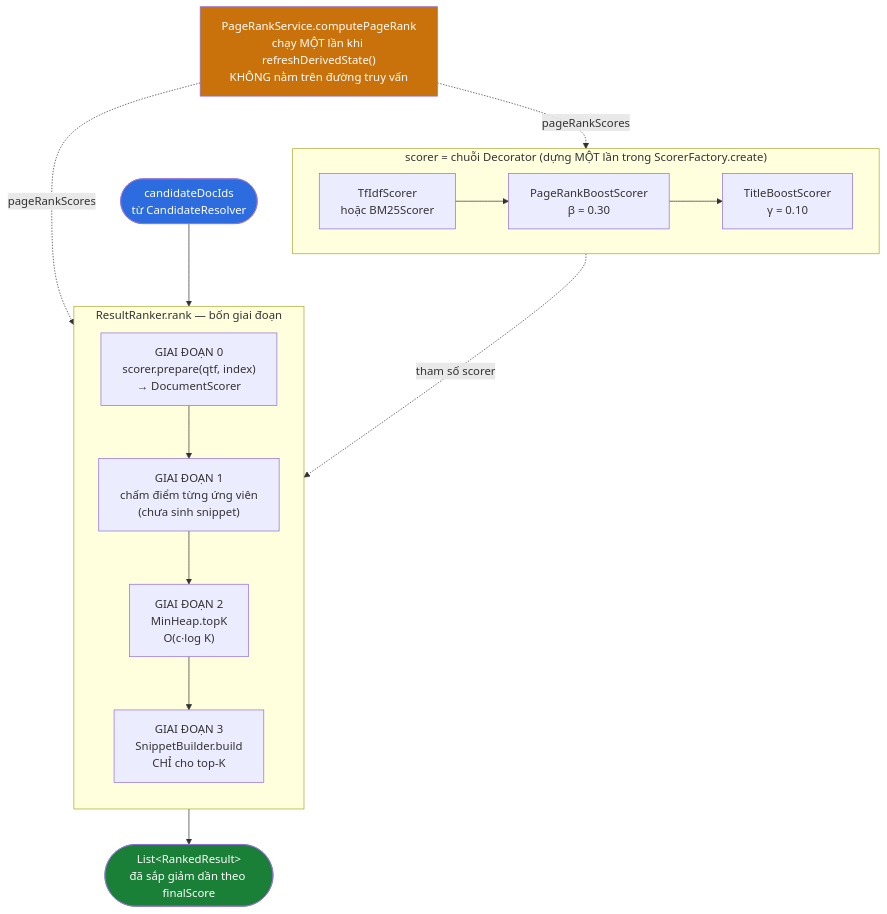
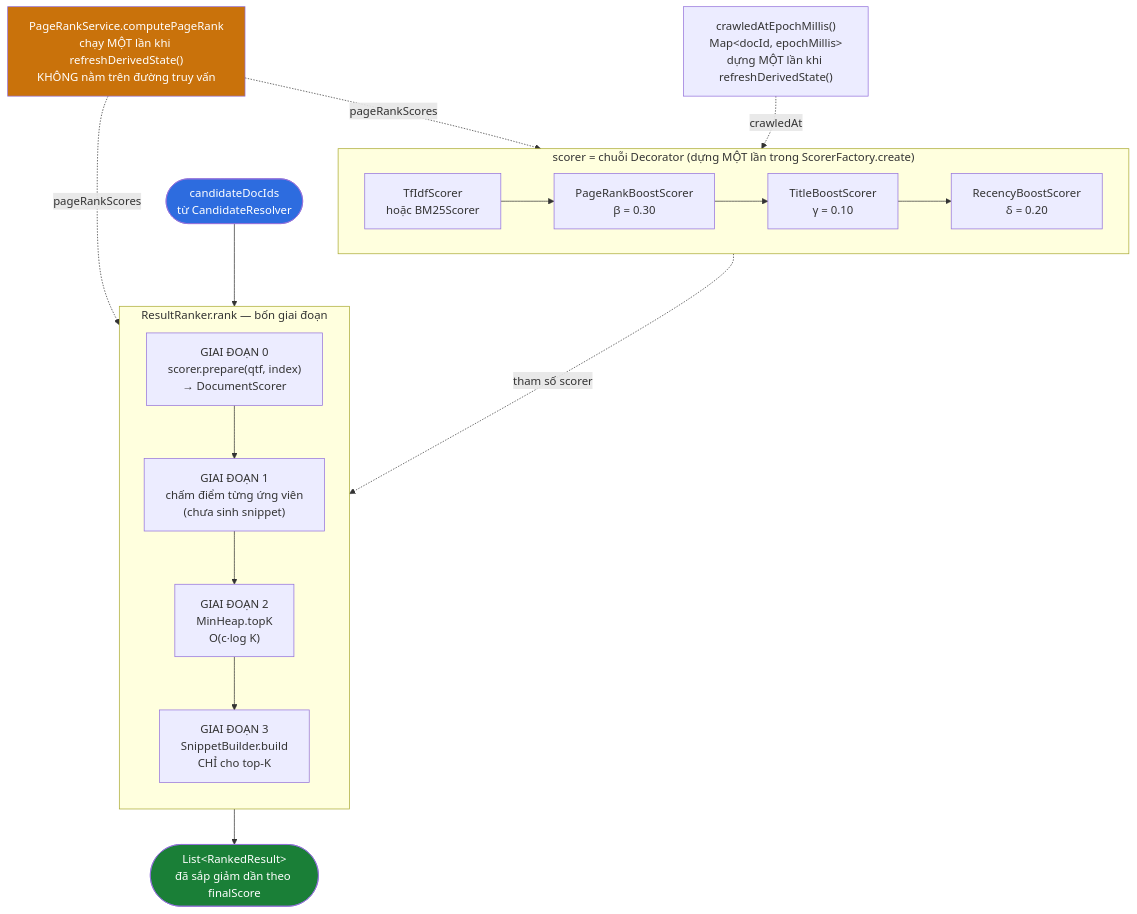
One commit to KietAnhCS/CocCoc-Plus changed the first of 8 diagrams in docs/RANKING-PIPELINE.md. Above: the diagram before and after it, drawn with Mermaid. The commit also changed other lines of this file and 2 other files, not shown here.

Commit message:
docs: sync ranking pipeline with recency signal

````diff
--- a/docs/RANKING-PIPELINE.md
+++ b/docs/RANKING-PIPELINE.md
@@ -170,30 +171,32 @@
 ```mermaid
 flowchart TD
     CAND(["candidateDocIds<br/>từ CandidateResolver"]) --> RANK
 
     subgraph RANK["ResultRanker.rank — bốn giai đoạn"]
         direction TB
         G0["GIAI ĐOẠN 0<br/>scorer.prepare(qtf, index)<br/>→ DocumentScorer"]
         G1["GIAI ĐOẠN 1<br/>chấm điểm từng ứng viên<br/>(chưa sinh snippet)"]
         G2["GIAI ĐOẠN 2<br/>MinHeap.topK<br/>O(c·log K)"]
         G3["GIAI ĐOẠN 3<br/>SnippetBuilder.build<br/>CHỈ cho top-K"]
         G0 --> G1 --> G2 --> G3
     end
 
     subgraph SCORER["scorer = chuỗi Decorator (dựng MỘT lần trong ScorerFactory.create)"]
         direction LR
         BASE["TfIdfScorer<br/>hoặc BM25Scorer"] --> PR["PageRankBoostScorer<br/>β = 0.30"]
         PR --> TITLE["TitleBoostScorer<br/>γ = 0.10"]
+        TITLE --> REC["RecencyBoostScorer<br/>δ = 0.20"]
     end
 
     SCORER -.->|"tham số scorer"| G0
 
     PRSVC["PageRankService.computePageRank<br/>chạy MỘT lần khi refreshDerivedState()<br/>KHÔNG nằm trên đường truy vấn"] -.->|"pageRankScores"| PR
     PRSVC -.->|"pageRankScores"| G1
+    CRAWLED["crawledAtEpochMillis()<br/>Map&lt;docId, epochMillis&gt;<br/>dựng MỘT lần khi refreshDerivedState()"] -.->|"crawledAt"| REC
 
     G3 --> OUT(["List&lt;RankedResult&gt;<br/>đã sắp giảm dần theo finalScore"])
 
     style CAND fill:#2d6cdf,color:#fff
     style OUT fill:#1a7f37,color:#fff
     style PRSVC fill:#c9720b,color:#fff
 ```
````
